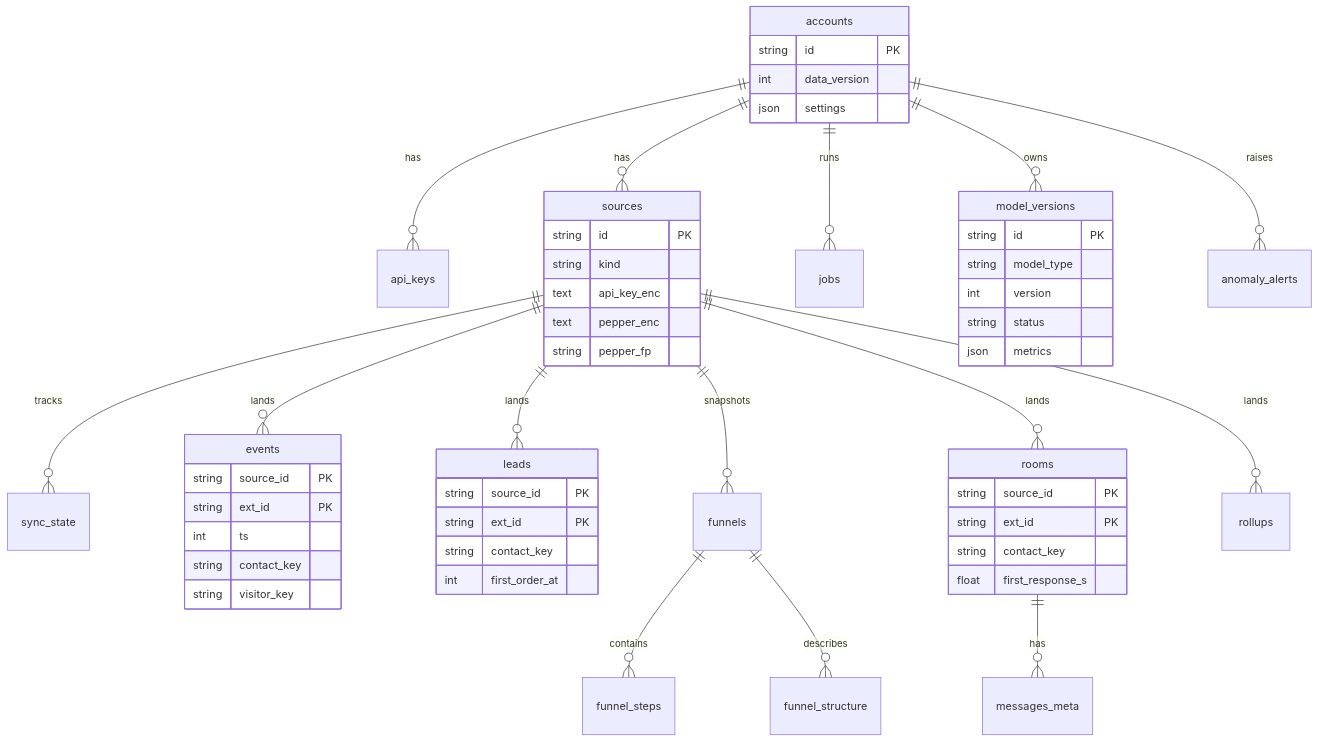
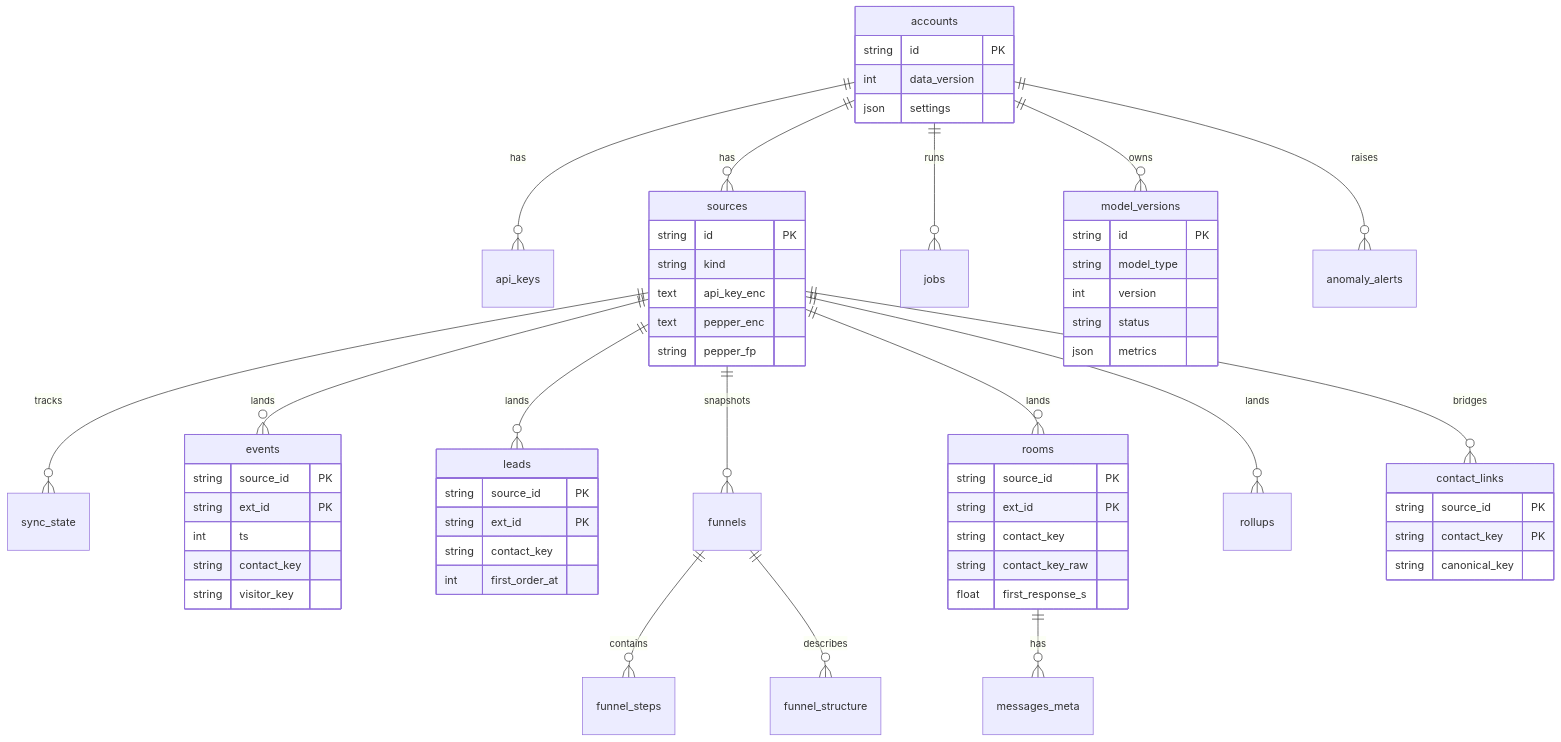
One commit to VaibhavBansal26/intelligence changed the fourth of 5 diagrams in docs/ARCHITECTURE.md. Above: the diagram before and after it, drawn with Mermaid. The commit also changed other lines of this file and 19 other files, not shown here.

````diff
--- a/docs/ARCHITECTURE.md
+++ b/docs/ARCHITECTURE.md
@@ -77,55 +77,62 @@
 ```mermaid
 erDiagram
     accounts ||--o{ api_keys : has
     accounts ||--o{ sources : has
     accounts ||--o{ jobs : runs
     accounts ||--o{ model_versions : owns
     accounts ||--o{ anomaly_alerts : raises
     sources ||--o{ sync_state : tracks
     sources ||--o{ events : lands
     sources ||--o{ leads : lands
     sources ||--o{ funnels : snapshots
     funnels ||--o{ funnel_steps : contains
     funnels ||--o{ funnel_structure : describes
     sources ||--o{ rooms : lands
     rooms ||--o{ messages_meta : has
     sources ||--o{ rollups : lands
+    sources ||--o{ contact_links : bridges
     accounts {
         string id PK
         int data_version
         json settings
     }
     sources {
         string id PK
         string kind
         text api_key_enc
         text pepper_enc
         string pepper_fp
     }
     events {
         string source_id PK
         string ext_id PK
         int ts
         string contact_key
         string visitor_key
     }
     leads {
         string source_id PK
         string ext_id PK
         string contact_key
         int first_order_at
     }
     rooms {
         string source_id PK
         string ext_id PK
         string contact_key
+        string contact_key_raw
         float first_response_s
+    }
+    contact_links {
+        string source_id PK
+        string contact_key PK
+        string canonical_key
     }
     model_versions {
         string id PK
         string model_type
         int version
         string status
         json metrics
     }
 ```
````
